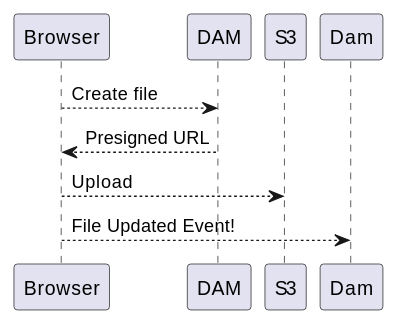
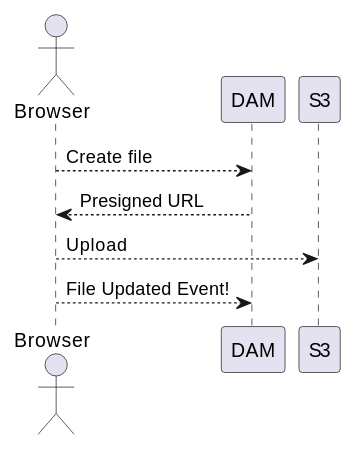
Before and after one commit to sergio-fry/slides: the second of 2 diagrams in dam-arch/README.md, drawn with PlantUML. The commit also changed other lines of this file, not shown here.

````diff
--- a/dam-arch/README.md
+++ b/dam-arch/README.md
@@ -115,6 +119,8 @@
 ```plantuml
+actor Browser
+
 Browser --> DAM: Create file
 DAM --> Browser:  Presigned URL
 Browser --> S3: Upload
-Browser --> Dam: File Updated Event!
+Browser --> DAM: File Updated Event!
 ```
````
